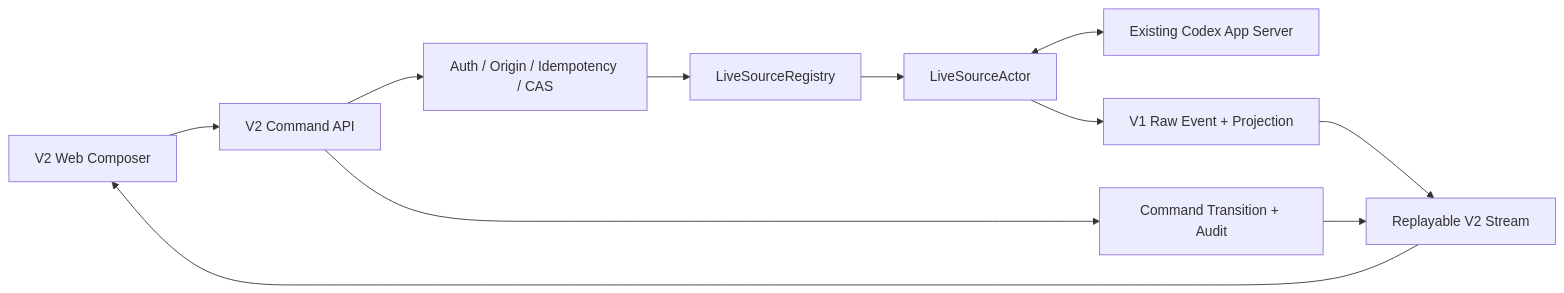
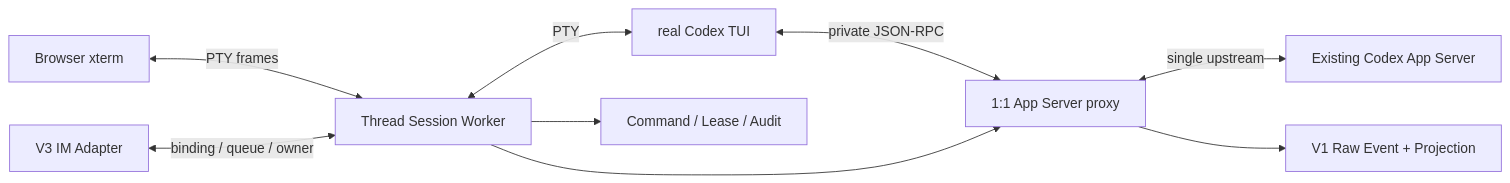
The diagram in docs/codex-local-gateway-v2-development-constraints.md (windsyu/codex-plugin), drawn with Mermaid before and after one commit. The commit also changed other lines of this file and 73 other files, not shown here.

````diff
--- a/docs/codex-local-gateway-v2-development-constraints.md
+++ b/docs/codex-local-gateway-v2-development-constraints.md
@@ -100,13 +104,11 @@
 ```mermaid
 flowchart LR
-    UI["V2 Web Composer"] --> API["V2 Command API"]
-    API --> POLICY["Auth / Origin / Idempotency / CAS"]
-    POLICY --> REG["LiveSourceRegistry"]
-    REG --> ACTOR["LiveSourceActor"]
-    ACTOR <--> APP["Existing Codex App Server"]
-    ACTOR --> RAW["V1 Raw Event + Projection"]
-    API --> AUDIT["Command Transition + Audit"]
-    RAW --> STREAM["Replayable V2 Stream"]
-    AUDIT --> STREAM
-    STREAM --> UI
+    WEB["Browser xterm"] <-->|"PTY frames"| WORKER["Thread Session Worker"]
+    IM["V3 IM Adapter"] <-->|"binding / queue / owner"| WORKER
+    WORKER <-->|"PTY"| TUI["real Codex TUI"]
+    TUI <-->|"private JSON-RPC"| PROXY["1:1 App Server proxy"]
+    WORKER --> PROXY
+    PROXY <-->|"single upstream"| APP["Existing Codex App Server"]
+    PROXY --> RAW["V1 Raw Event + Projection"]
+    WORKER --> AUDIT["Command / Lease / Audit"]
 ```
````
